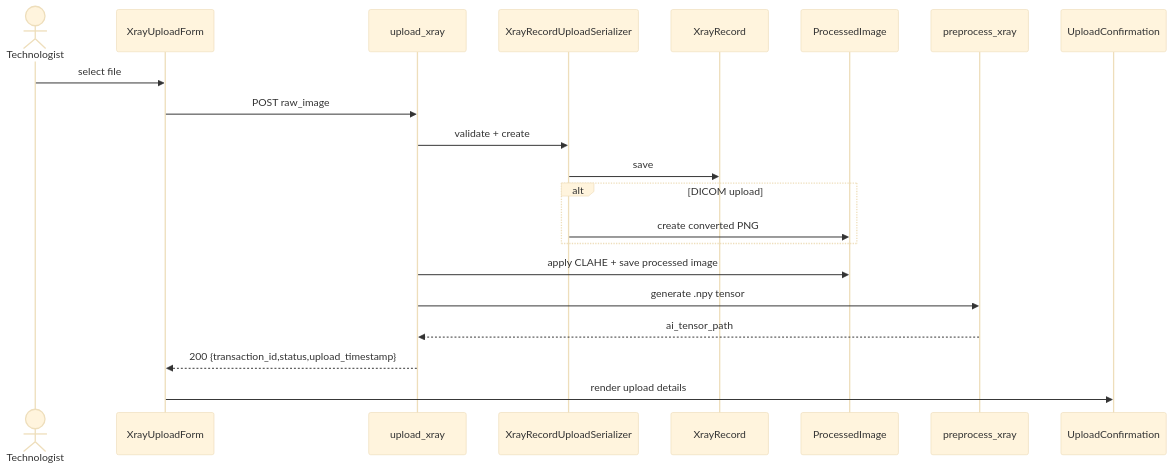
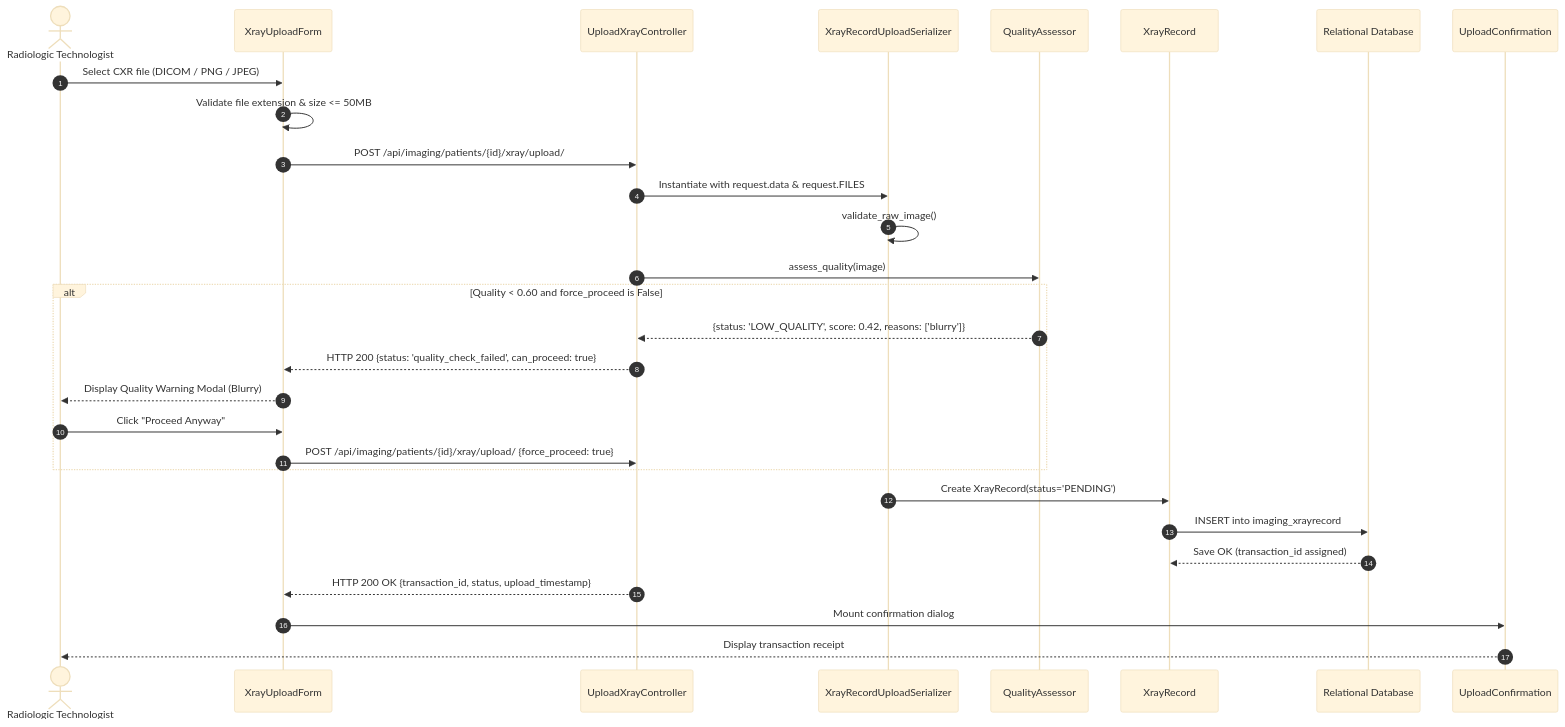
One commit to DymNomZ/TBXR changed the diagram in documentation/sequence diagrams/1.1_Sequence Diagram.md. Above: the diagram before and after it, drawn with Mermaid (base theme). The commit also changed 80 other files, not shown here.

````diff
--- a/documentation/sequence diagrams/1.1_Sequence Diagram.md
+++ b/documentation/sequence diagrams/1.1_Sequence Diagram.md
@@ -1,24 +1,32 @@
 ```mermaid
 sequenceDiagram
-    actor Technologist
+    autonumber
+    actor Tech as Radiologic Technologist
     participant Form as XrayUploadForm
-    participant API as upload_xray
+    participant View as UploadXrayController
     participant Ser as XrayRecordUploadSerializer
-    participant Rec as XrayRecord
-    participant Proc as ProcessedImage
-    participant Pre as preprocess_xray
+    participant Quality as QualityAssessor
+    participant ModelRec as XrayRecord
+    participant DB as Relational Database
     participant Confirm as UploadConfirmation
 
-    Technologist->>Form: select file
-    Form->>API: POST raw_image
-    API->>Ser: validate + create
-    Ser->>Rec: save
-    alt DICOM upload
-        Ser->>Proc: create converted PNG
+    Tech->>Form: Select CXR file (DICOM / PNG / JPEG)
+    Form->>Form: Validate file extension & size <= 50MB
+    Form->>View: POST /api/imaging/patients/{id}/xray/upload/
+    View->>Ser: Instantiate with request.data & request.FILES
+    Ser->>Ser: validate_raw_image()
+    View->>Quality: assess_quality(image)
+    alt Quality < 0.60 and force_proceed is False
+        Quality-->>View: {status: 'LOW_QUALITY', score: 0.42, reasons: ['blurry']}
+        View-->>Form: HTTP 200 {status: 'quality_check_failed', can_proceed: true}
+        Form-->>Tech: Display Quality Warning Modal (Blurry)
+        Tech->>Form: Click "Proceed Anyway"
+        Form->>View: POST /api/imaging/patients/{id}/xray/upload/ {force_proceed: true}
     end
-    API->>Proc: apply CLAHE + save processed image
-    API->>Pre: generate .npy tensor
-    Pre-->>API: ai_tensor_path
-    API-->>Form: 200 {transaction_id,status,upload_timestamp}
-    Form->>Confirm: render upload details
+    Ser->>ModelRec: Create XrayRecord(status='PENDING')
+    ModelRec->>DB: INSERT into imaging_xrayrecord
+    DB-->>ModelRec: Save OK (transaction_id assigned)
+    View-->>Form: HTTP 200 OK {transaction_id, status, upload_timestamp}
+    Form->>Confirm: Mount confirmation dialog
+    Confirm-->>Tech: Display transaction receipt
 ```
````
